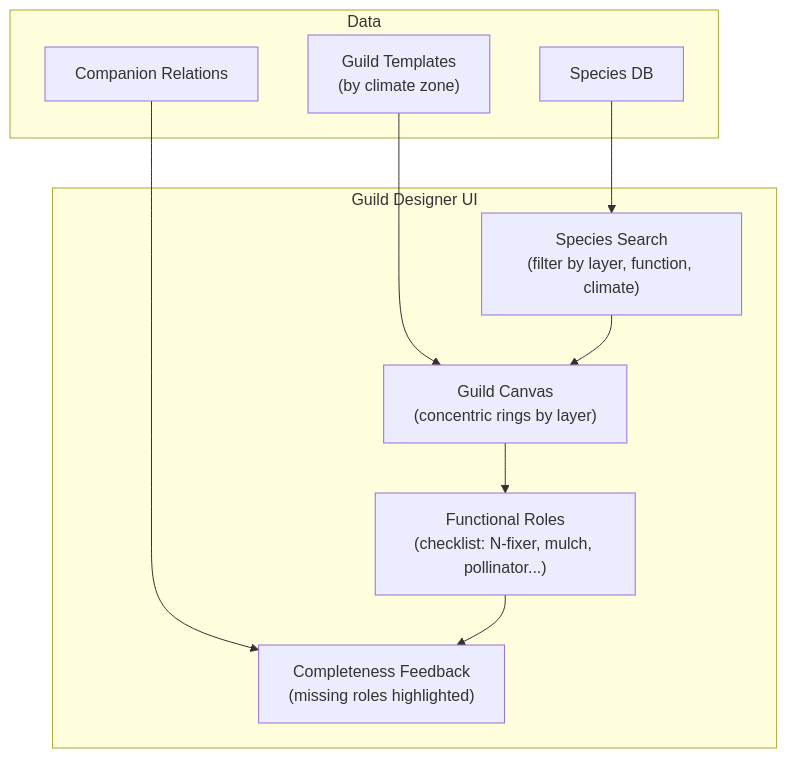
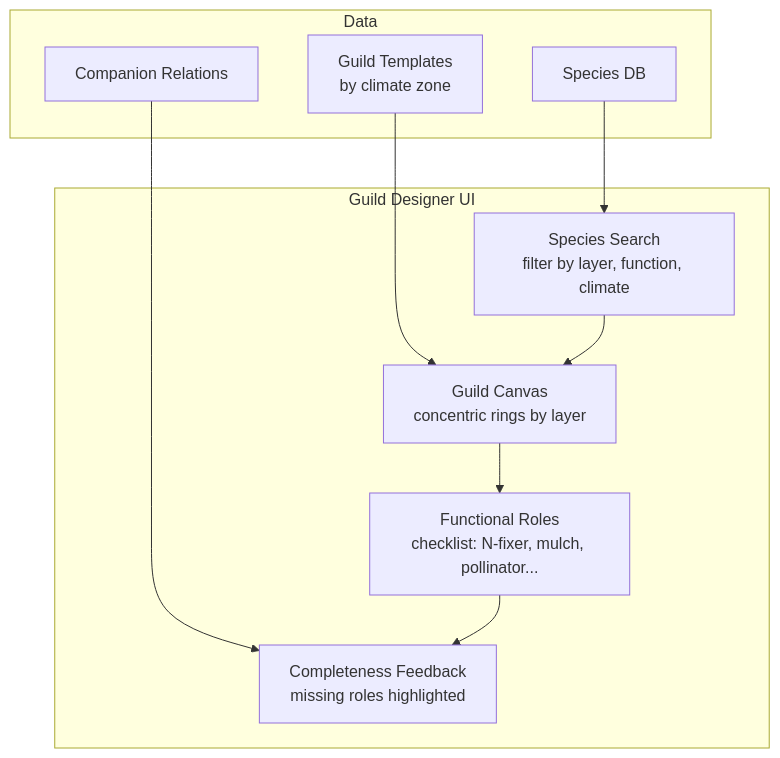
Before and after one commit to crs48/xNet: the diagram in docs/planStep04GlobalFarmingERP/03-guild-designer.md, drawn with Mermaid. The commit also changed 21 other files, not shown here.

First line of the commit message:
Fix Mermaid parse errors: remove parentheses in flowchart node labels after <br/> tags

````diff
--- a/docs/planStep04GlobalFarmingERP/03-guild-designer.md
+++ b/docs/planStep04GlobalFarmingERP/03-guild-designer.md
@@ -11,22 +11,22 @@
 ```mermaid
 flowchart TD
     subgraph "Guild Designer UI"
-        SEARCH["Species Search<br/>(filter by layer, function, climate)"]
-        ROLES["Functional Roles<br/>(checklist: N-fixer, mulch, pollinator...)"]
-        CANVAS["Guild Canvas<br/>(concentric rings by layer)"]
-        FEEDBACK["Completeness Feedback<br/>(missing roles highlighted)"]
+        SEARCH["Species Search<br/>filter by layer, function, climate"]
+        ROLES["Functional Roles<br/>checklist: N-fixer, mulch, pollinator..."]
+        CANVAS["Guild Canvas<br/>concentric rings by layer"]
+        FEEDBACK["Completeness Feedback<br/>missing roles highlighted"]
     end
 
     subgraph "Data"
         SP["Species DB"]
         COMP["Companion Relations"]
-        TEMPLATES["Guild Templates<br/>(by climate zone)"]
+        TEMPLATES["Guild Templates<br/>by climate zone"]
     end
 
     SP --> SEARCH
     COMP --> FEEDBACK
     TEMPLATES --> CANVAS
     SEARCH --> CANVAS
     CANVAS --> ROLES
     ROLES --> FEEDBACK
 ```
````
